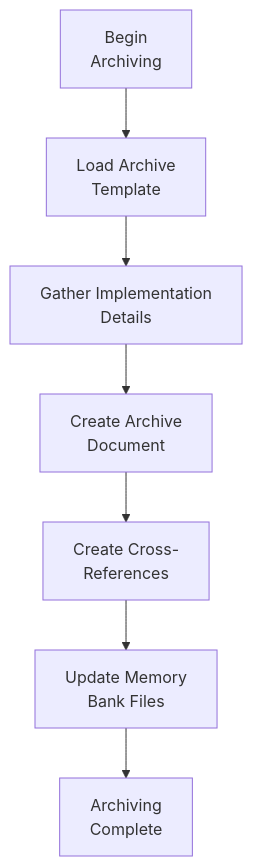
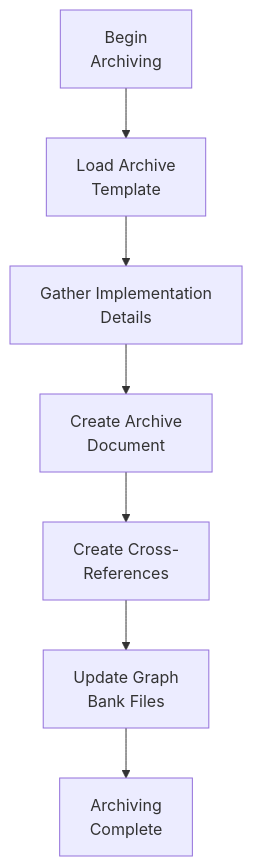
The seventh of 9 diagrams in .cursor/rules/isolation_rules/Level2/workflow-level2.mdc (7Spade/cursor-memory-bank), drawn with Mermaid before and after one commit. The commit also changed other lines of this file and 37 other files, not shown here.

Commit message:
refactor: Standardize terminology from "Memory Bank" to "Graph Bank" across all files, ensuring consistency in documentation and improving clarity in the system's architecture and processes

````diff
--- a/.cursor/rules/isolation_rules/Level2/workflow-level2.mdc
+++ b/.cursor/rules/isolation_rules/Level2/workflow-level2.mdc
@@ -190,9 +190,9 @@
 ```mermaid
 graph TD
     Start["Begin<br>Archiving"] --> Template["Load Archive<br>Template"]
     Template --> Gather["Gather Implementation<br>Details"]
     Gather --> Create["Create Archive<br>Document"]
     Create --> CrossRef["Create Cross-<br>References"]
-    CrossRef --> Update["Update Memory<br>Bank Files"]
+    CrossRef --> Update["Update Graph<br>Bank Files"]
     Update --> ArchiveComplete["Archiving<br>Complete"]
 ```
````
